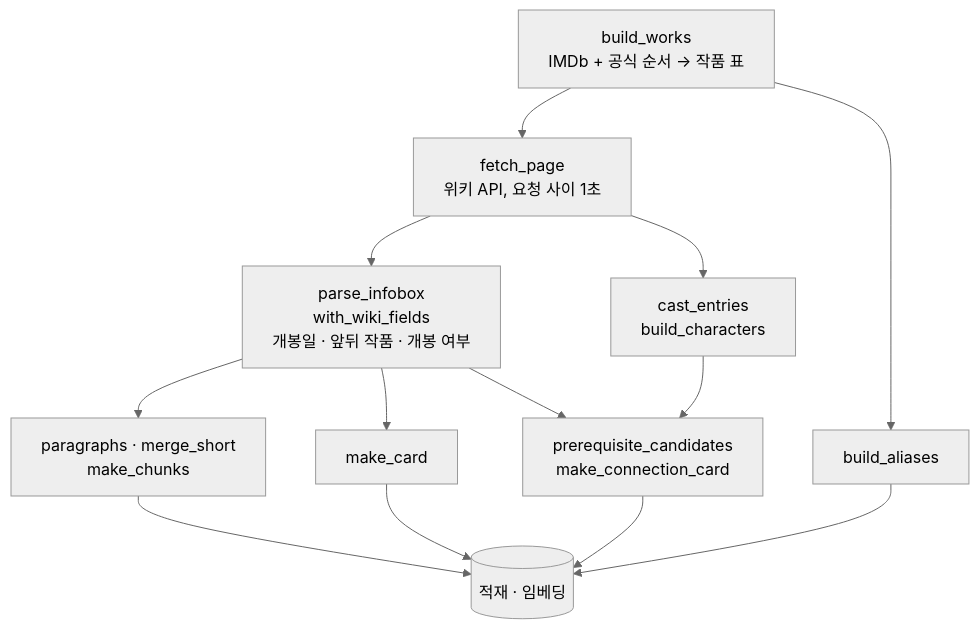
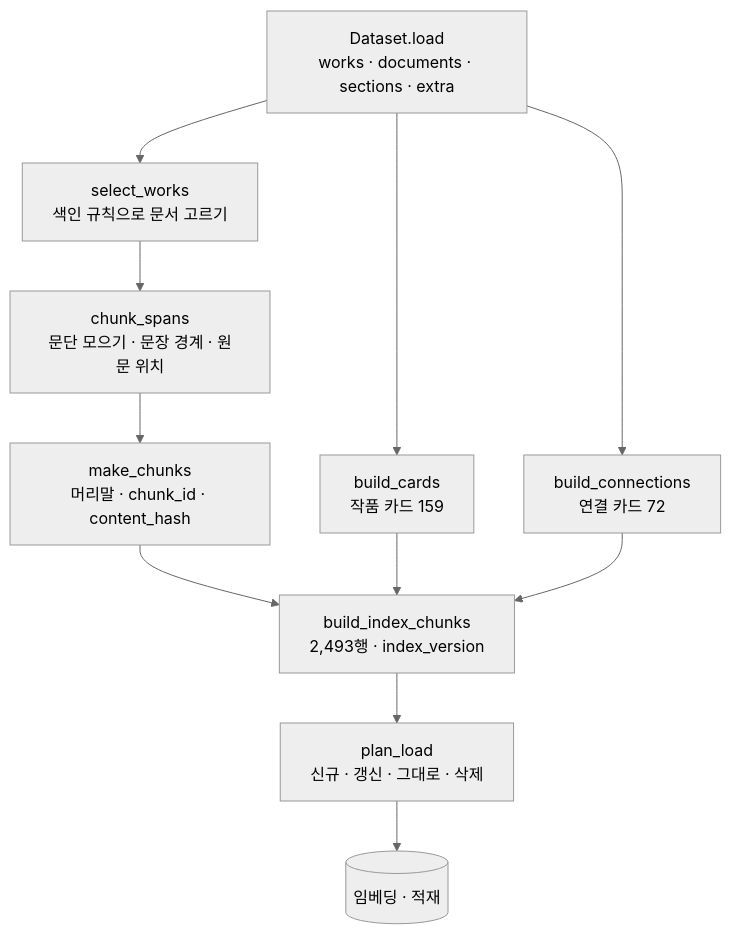
One commit to 766min/ax-rag-cinema changed the third of 5 diagrams in docs/architecture.md. Above: the diagram before and after it, drawn with Mermaid (neutral theme). The commit also changed other lines of this file and 4 other files, not shown here.

````diff
--- a/docs/architecture.md
+++ b/docs/architecture.md
@@ -93,15 +145,13 @@
 ```mermaid
 flowchart TB
-  A["build_works<br/>IMDb + 공식 순서 → 작품 표"] --> B["fetch_page<br/>위키 API, 요청 사이 1초"]
-  B --> C["parse_infobox<br/>with_wiki_fields<br/>개봉일 · 앞뒤 작품 · 개봉 여부"]
-  C --> D["paragraphs · merge_short<br/>make_chunks"]
-  C --> E["make_card"]
-  B --> F["cast_entries<br/>build_characters"]
-  F --> G["prerequisite_candidates<br/>make_connection_card"]
-  C --> G
-  A --> H["build_aliases"]
-  D --> I[("적재 · 임베딩")]
-  E --> I
-  G --> I
-  H --> I
+  A["Dataset.load<br/>works · documents · sections · extra"] --> B["select_works<br/>색인 규칙으로 문서 고르기"]
+  B --> C["chunk_spans<br/>문단 모으기 · 문장 경계 · 원문 위치"]
+  C --> D["make_chunks<br/>머리말 · chunk_id · content_hash"]
+  A --> E["build_cards<br/>작품 카드 159"]
+  A --> F["build_connections<br/>연결 카드 72"]
+  D --> G["build_index_chunks<br/>2,493행 · index_version"]
+  E --> G
+  F --> G
+  G --> H["plan_load<br/>신규 · 갱신 · 그대로 · 삭제"]
+  H --> I[("임베딩 · 적재")]
 ```
````
